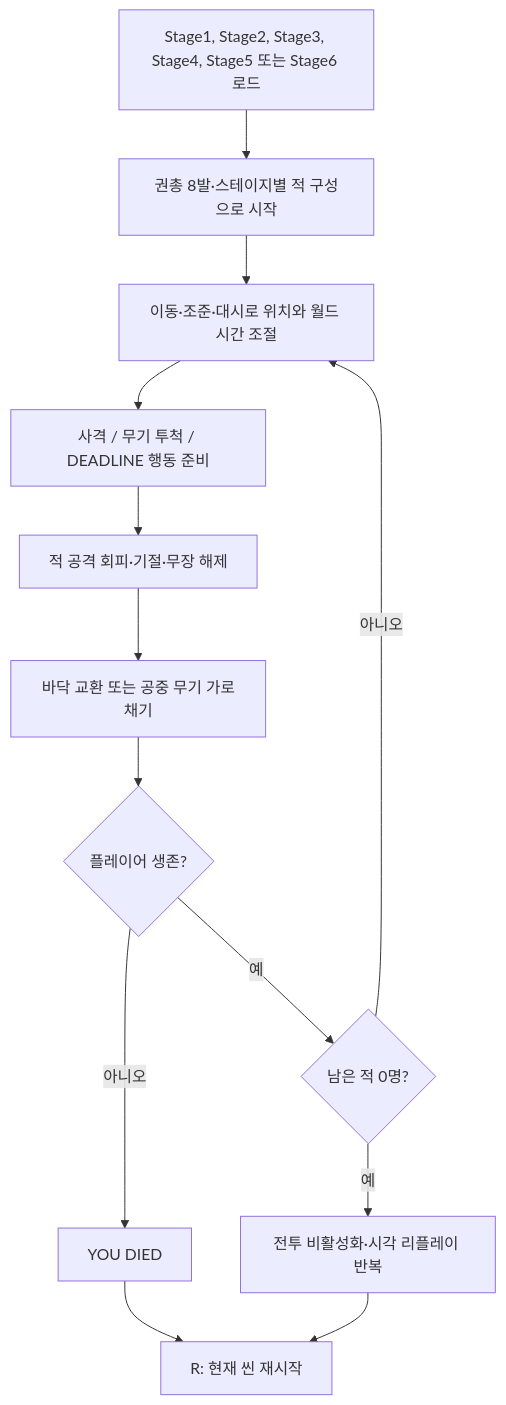
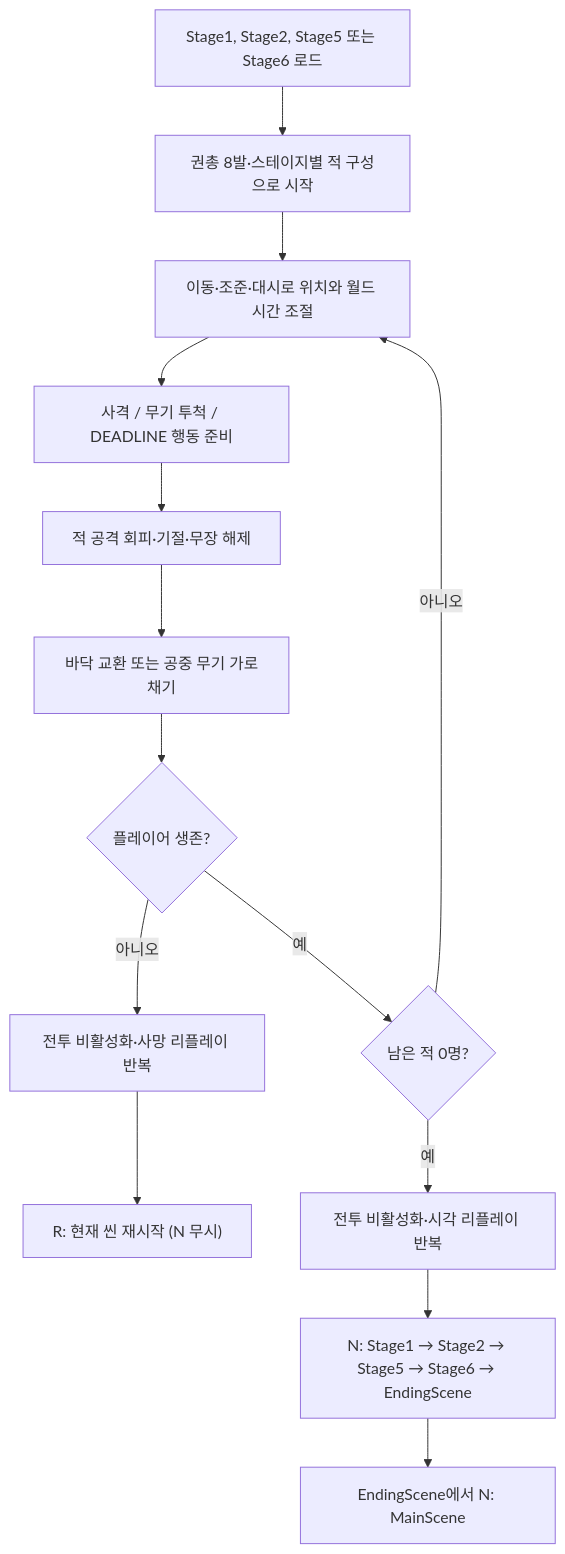
The first of 3 diagrams in docs/PROJECT_DESIGN_DOCUMENT.md (Mom-Dra/ProjectDeltatime), drawn with Mermaid before and after one commit. The commit also changed other lines of this file and 58 other files, not shown here.

````diff
--- a/docs/PROJECT_DESIGN_DOCUMENT.md
+++ b/docs/PROJECT_DESIGN_DOCUMENT.md
@@ -193,15 +198,16 @@
 ```mermaid
 flowchart TD
-    A["Stage1, Stage2, Stage3, Stage4, Stage5 또는 Stage6 로드"] --> B["권총 8발·스테이지별 적 구성으로 시작"]
+    A["Stage1, Stage2, Stage5 또는 Stage6 로드"] --> B["권총 8발·스테이지별 적 구성으로 시작"]
     B --> C["이동·조준·대시로 위치와 월드 시간 조절"]
     C --> D["사격 / 무기 투척 / DEADLINE 행동 준비"]
     D --> E["적 공격 회피·기절·무장 해제"]
     E --> F["바닥 교환 또는 공중 무기 가로채기"]
     F --> G{"플레이어 생존?"}
-    G -- "아니오" --> H["YOU DIED"]
-    H --> I["R: 현재 씬 재시작"]
+    G -- "아니오" --> H["전투 비활성화·사망 리플레이 반복"]
+    H --> I["R: 현재 씬 재시작 (N 무시)"]
     G -- "예" --> J{"남은 적 0명?"}
     J -- "아니오" --> C
     J -- "예" --> K["전투 비활성화·시각 리플레이 반복"]
-    K --> I
+    K --> L["N: Stage1 → Stage2 → Stage5 → Stage6 → EndingScene"]
+    L --> M["EndingScene에서 N: MainScene"]
 ```
````
